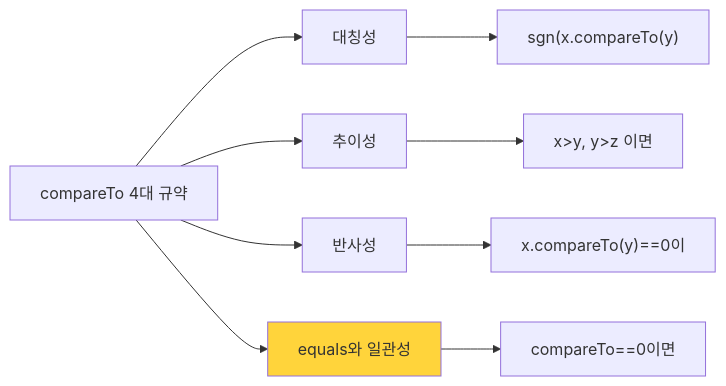
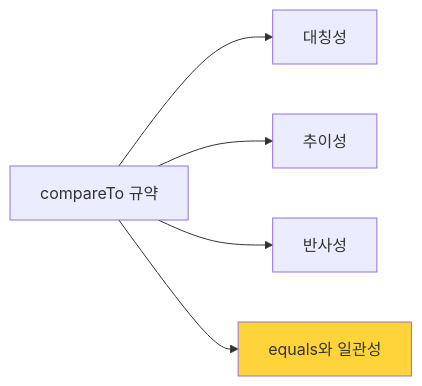
The first of 2 diagrams in _posts/java/2021-12-28-effective-java14.md (yjkim2015/yjkim2015.github.io), drawn with Mermaid before and after one commit. The commit also changed 163 other files, not shown here.

First line of the commit message:
Mermaid 300개 블록 내용 축소: 5노드 5엣지 이하, 의미 있는 약어

````diff
--- a/_posts/java/2021-12-28-effective-java14.md
+++ b/_posts/java/2021-12-28-effective-java14.md
@@ -46,12 +46,8 @@
 ```mermaid
 graph LR
-    A["compareTo 4대 규약"] --> B["대칭성"]
+    A["compareTo 규약"] --> B["대칭성"]
     A --> C["추이성"]
     A --> D["반사성"]
     A --> E["equals와 일관성"]
-    B --> B1["sgn(x.compareTo(y)"]
-    C --> C1["x>y, y>z 이면"]
-    D --> D1["x.compareTo(y)==0이"]
-    E --> E1["compareTo==0이면"]
     style E fill:#ffd43b
 ```
````
